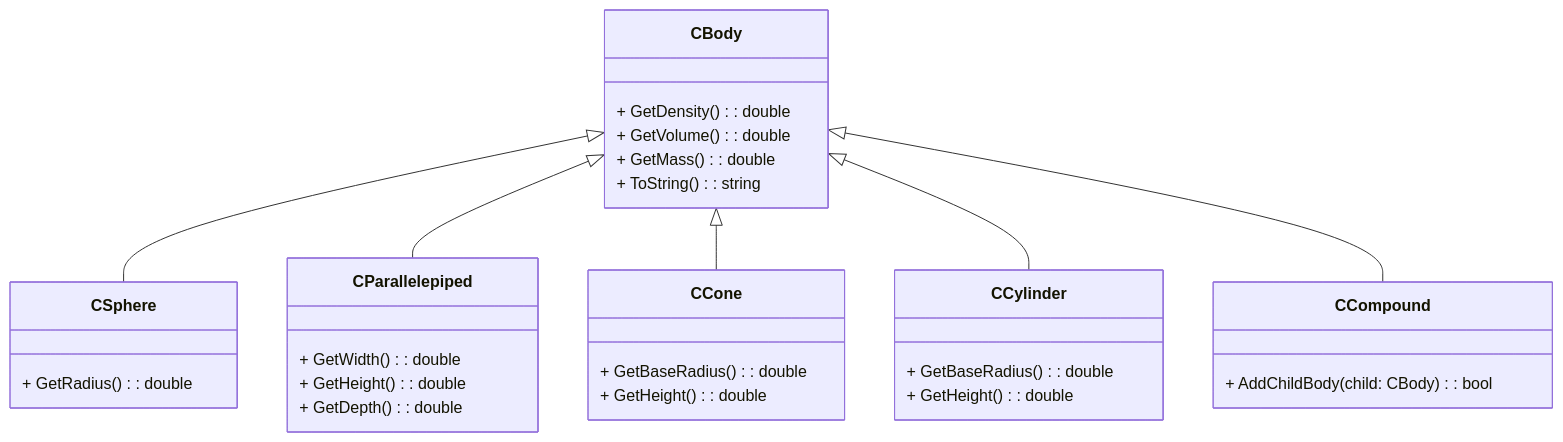
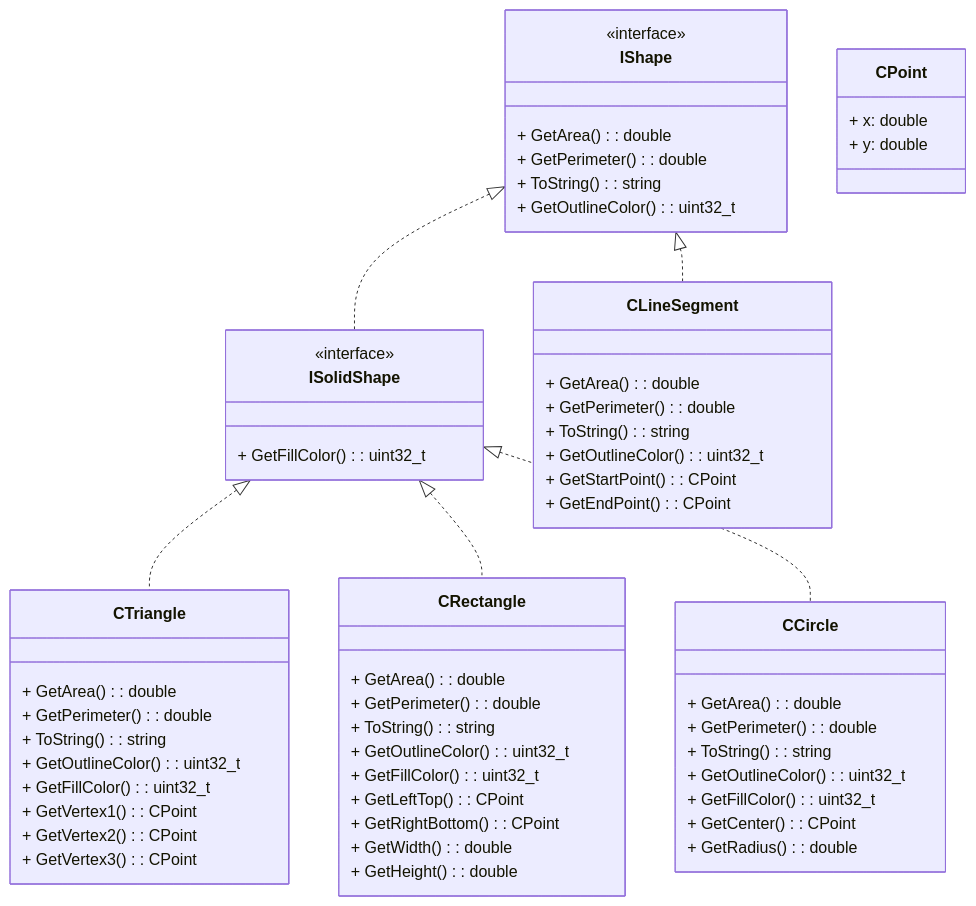
Before and after one commit to Obamium3157/oop: the diagram in lab4/task1/README.md, drawn with Mermaid. The commit also changed other lines of this file and 36 other files, not shown here.

````diff
--- a/lab4/task1/README.md
+++ b/lab4/task1/README.md
@@ -5,39 +5,68 @@
 ```mermaid
 classDiagram
-	class CBody {
-		+ GetDensity(): double
-		+ GetVolume(): double
-		+ GetMass(): double
-		+ ToString(): string
-	}
-	
-	class CSphere {
-		+ GetRadius(): double
-	}
-	
-	class CParallelepiped {
-		+ GetWidth(): double
-		+ GetHeight(): double
-		+ GetDepth(): double
-	}
-	
-	class CCone {
-		+ GetBaseRadius(): double
-		+ GetHeight(): double
-	}
-	
-	class CCylinder {
-		+ GetBaseRadius(): double
-		+ GetHeight(): double
-	}
-	
-	class CCompound {
-		+ AddChildBody(child: CBody): bool
-	}
-	
-	CBody <|-- CSphere
-	CBody <|-- CParallelepiped
-	CBody <|-- CCone
-	CBody <|-- CCylinder
-	CBody <|-- CCompound
+    class IShape {
+        <<interface>>
+        + GetArea(): double
+        + GetPerimeter(): double
+        + ToString(): string
+        + GetOutlineColor(): uint32_t
+    }
+
+    class ISolidShape {
+        <<interface>>
+        + GetFillColor(): uint32_t
+    }
+
+    class CPoint {
+        + x: double
+        + y: double
+    }
+
+    class CLineSegment {
+        + GetArea(): double
+        + GetPerimeter(): double
+        + ToString(): string
+        + GetOutlineColor(): uint32_t
+        + GetStartPoint(): CPoint
+        + GetEndPoint(): CPoint
+    }
+
+    class CTriangle {
+        + GetArea(): double
+        + GetPerimeter(): double
+        + ToString(): string
+        + GetOutlineColor(): uint32_t
+        + GetFillColor(): uint32_t
+        + GetVertex1(): CPoint
+        + GetVertex2(): CPoint
+        + GetVertex3(): CPoint
+    }
+
+    class CRectangle {
+        + GetArea(): double
+        + GetPerimeter(): double
+        + ToString(): string
+        + GetOutlineColor(): uint32_t
+        + GetFillColor(): uint32_t
+        + GetLeftTop(): CPoint
+        + GetRightBottom(): CPoint
+        + GetWidth(): double
+        + GetHeight(): double
+    }
+
+    class CCircle {
+        + GetArea(): double
+        + GetPerimeter(): double
+        + ToString(): string
+        + GetOutlineColor(): uint32_t
+        + GetFillColor(): uint32_t
+        + GetCenter(): CPoint
+        + GetRadius(): double
+    }
+
+    IShape <|.. CLineSegment
+    IShape <|.. ISolidShape
+    ISolidShape <|.. CTriangle
+    ISolidShape <|.. CRectangle
+    ISolidShape <|.. CCircle
 ```
````
